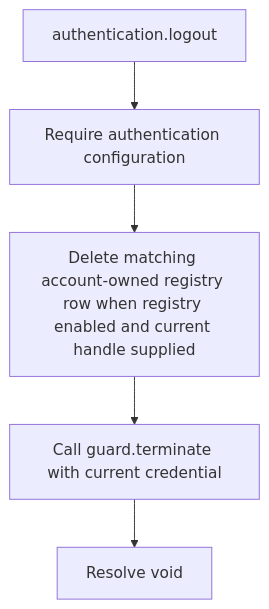
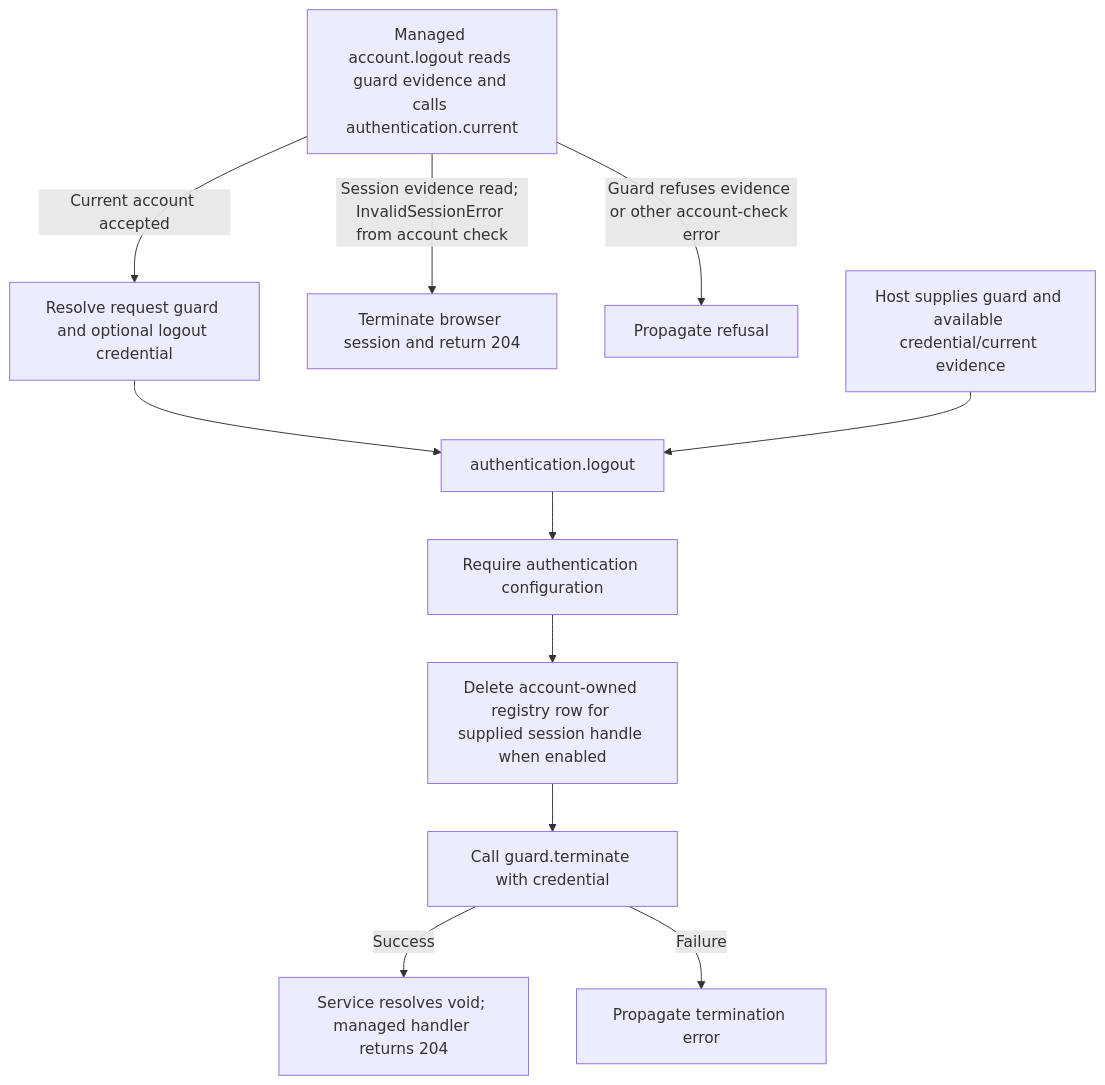
Before and after one commit to Kevinjohn/oss-adonisjs-account-kit: the second of 2 diagrams in user-stories/US-ACCOUNT-04-sign-out.md, drawn with Mermaid. The commit also changed other lines of this file and 70 other files, not shown here.

````diff
--- a/user-stories/US-ACCOUNT-04-sign-out.md
+++ b/user-stories/US-ACCOUNT-04-sign-out.md
@@ -32,7 +30,13 @@
 ```mermaid
 flowchart TD
- A["authentication.logout"] --> B["Require authentication configuration"]
- B --> C["Delete matching account-owned registry row when registry enabled and current handle supplied"]
- C --> D["Call guard.terminate with current credential"]
- D --> E["Resolve void"]
+  M["Managed account.logout reads guard evidence and calls authentication.current"] -->|Current account accepted| N["Resolve request guard and optional logout credential"]
+  M -->|Session evidence read; InvalidSessionError from account check| S["Terminate browser session and return 204"]
+  M -->|Guard refuses evidence or other account-check error| X["Propagate refusal"]
+  N --> A["authentication.logout"]
+  H["Host supplies guard and available credential/current evidence"] --> A
+  A --> B["Require authentication configuration"]
+  B --> C["Delete account-owned registry row for supplied session handle when enabled"]
+  C --> D["Call guard.terminate with credential"]
+  D -->|Success| E["Service resolves void; managed handler returns 204"]
+  D -->|Failure| F["Propagate termination error"]
 ```
````
